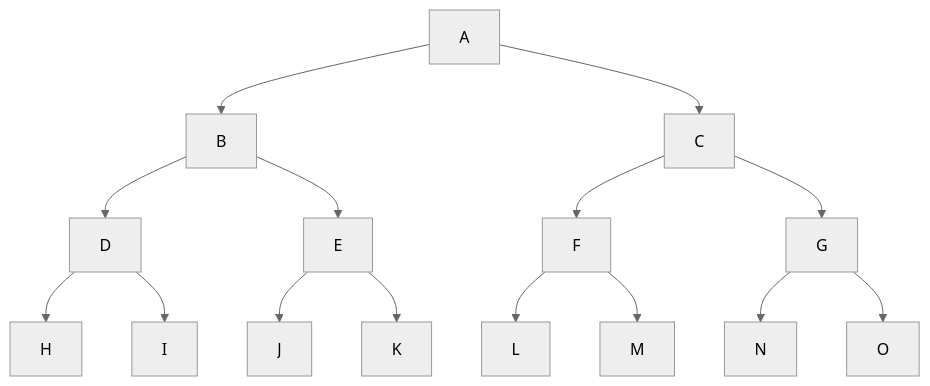
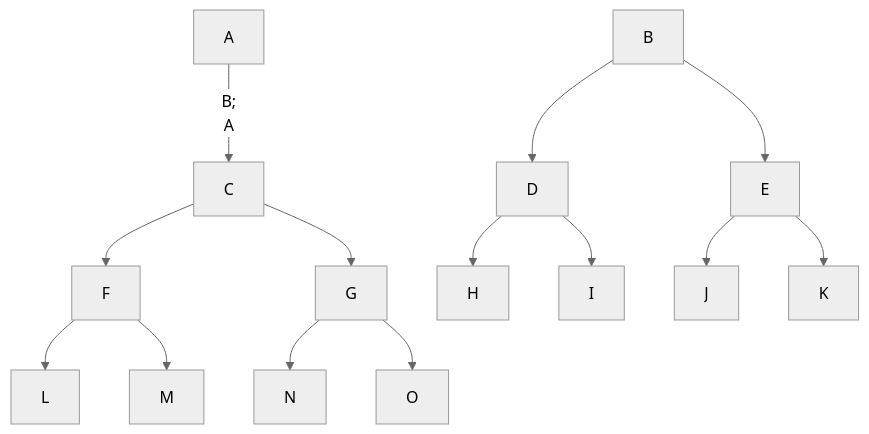
The diagram in Computer Science & Workshop 2/Class Lectures/Readme.md (ejdotp/SemFour_ITER), drawn with Mermaid (neutral theme) before and after one commit.

````diff
--- a/Computer Science & Workshop 2/Class Lectures/Readme.md
+++ b/Computer Science & Workshop 2/Class Lectures/Readme.md
@@ -1363,17 +1363,17 @@
     ```mermaid
     graph TD;
-        A-->B;
+        A--B;
         A-->C;
         B-->D;
         B-->E;
         C-->F;
         C-->G;
         D-->H;
         D-->I;
         E-->J;
         E-->K;
         F-->L;
         F-->M;
         G-->N;
         G-->O;
     ```
````
